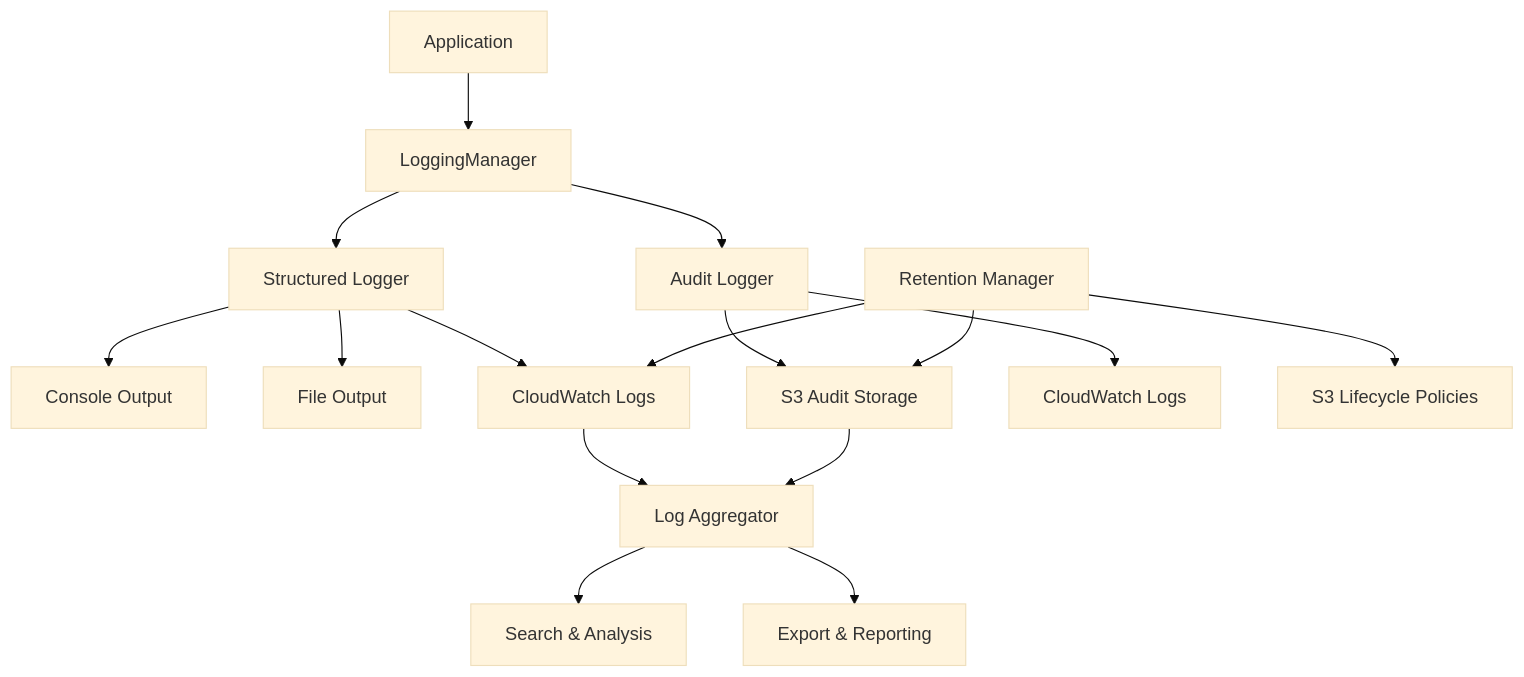
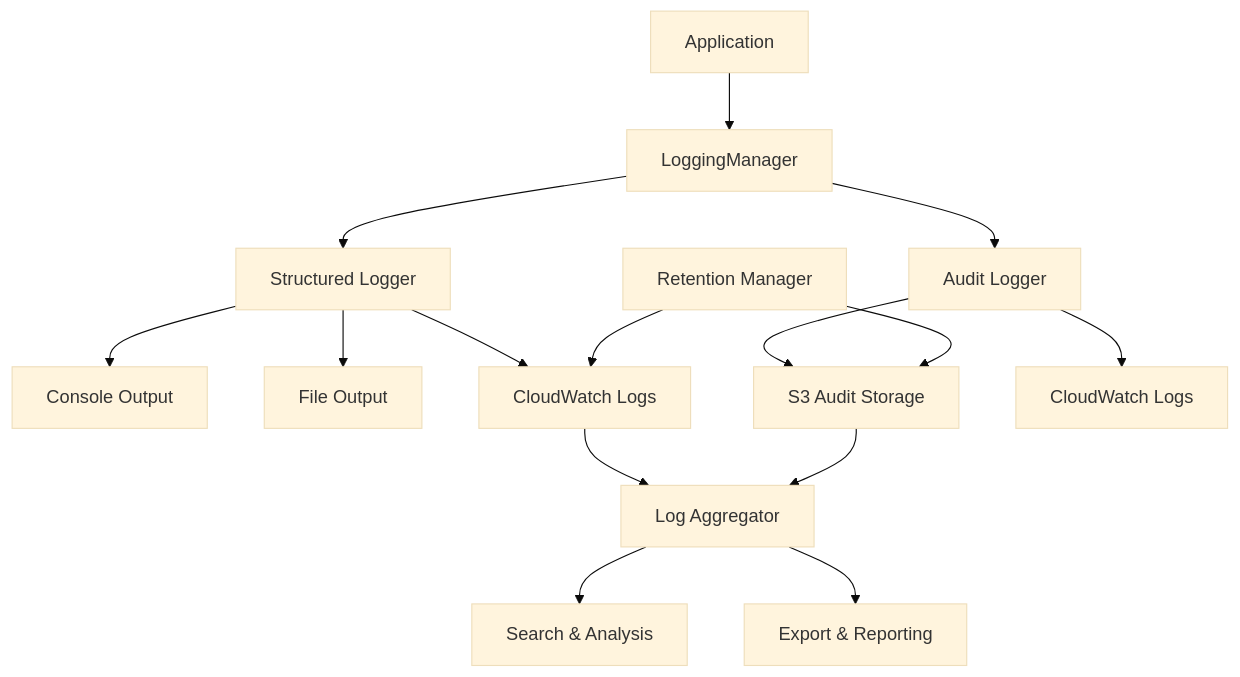
Before and after one commit to hts-ccoe-source/ccoe-customer-contact-manager: the diagram in docs/LOGGING_AND_AUDIT.md, drawn with Mermaid (base theme). The commit also changed other lines of this file and 38 other files, not shown here.

````diff
--- a/docs/LOGGING_AND_AUDIT.md
+++ b/docs/LOGGING_AND_AUDIT.md
@@ -26,23 +26,22 @@
 ```mermaid
 graph TB
     A[Application] --> B[LoggingManager]
     B --> C[Structured Logger]
     B --> D[Audit Logger]
     
     C --> E[Console Output]
     C --> F[File Output]
     C --> G[CloudWatch Logs]
     
     D --> H[S3 Audit Storage]
     D --> I[CloudWatch Logs]
     
     G --> J[Log Aggregator]
     H --> J
     
     J --> K[Search & Analysis]
     J --> L[Export & Reporting]
     
     M[Retention Manager] --> G
     M --> H
-    M --> N[S3 Lifecycle Policies]
 ```
````
